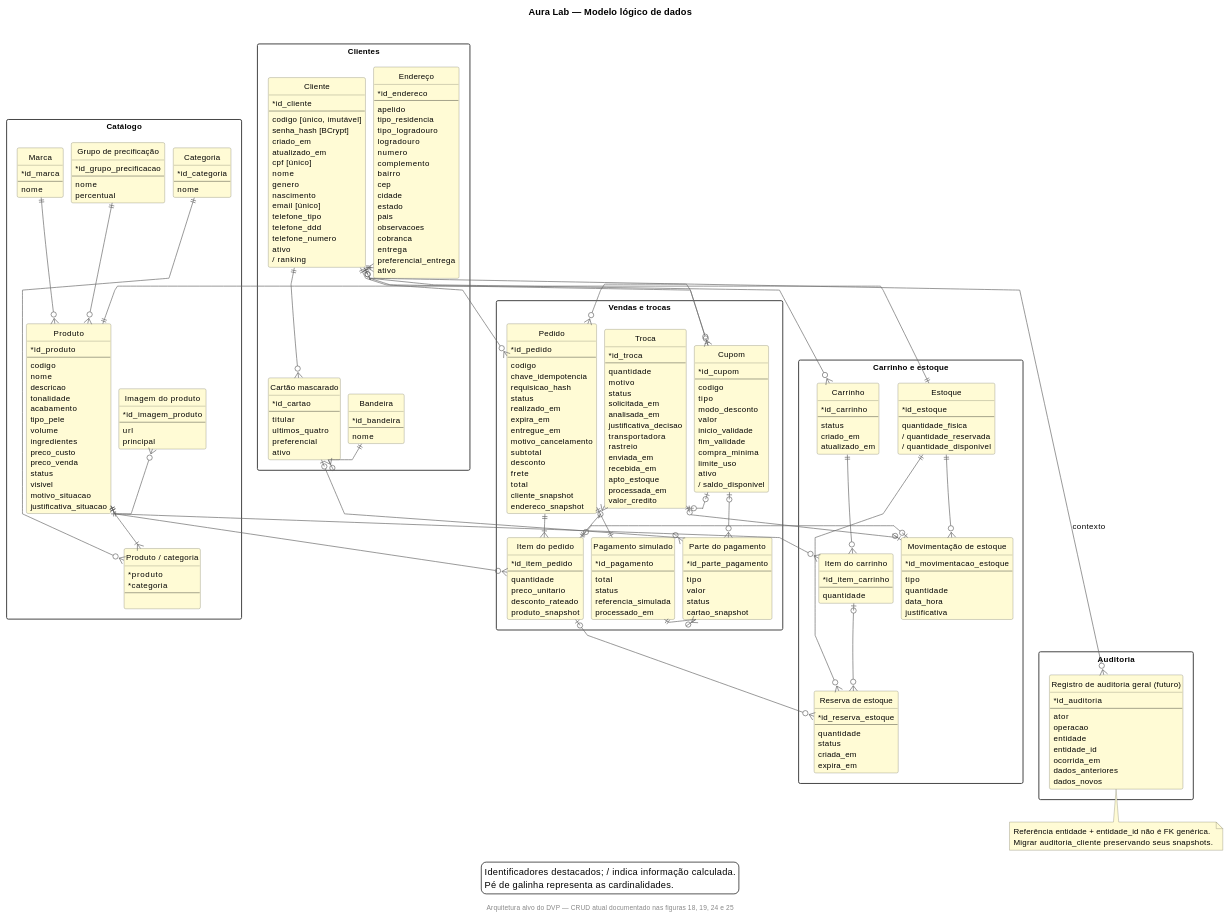
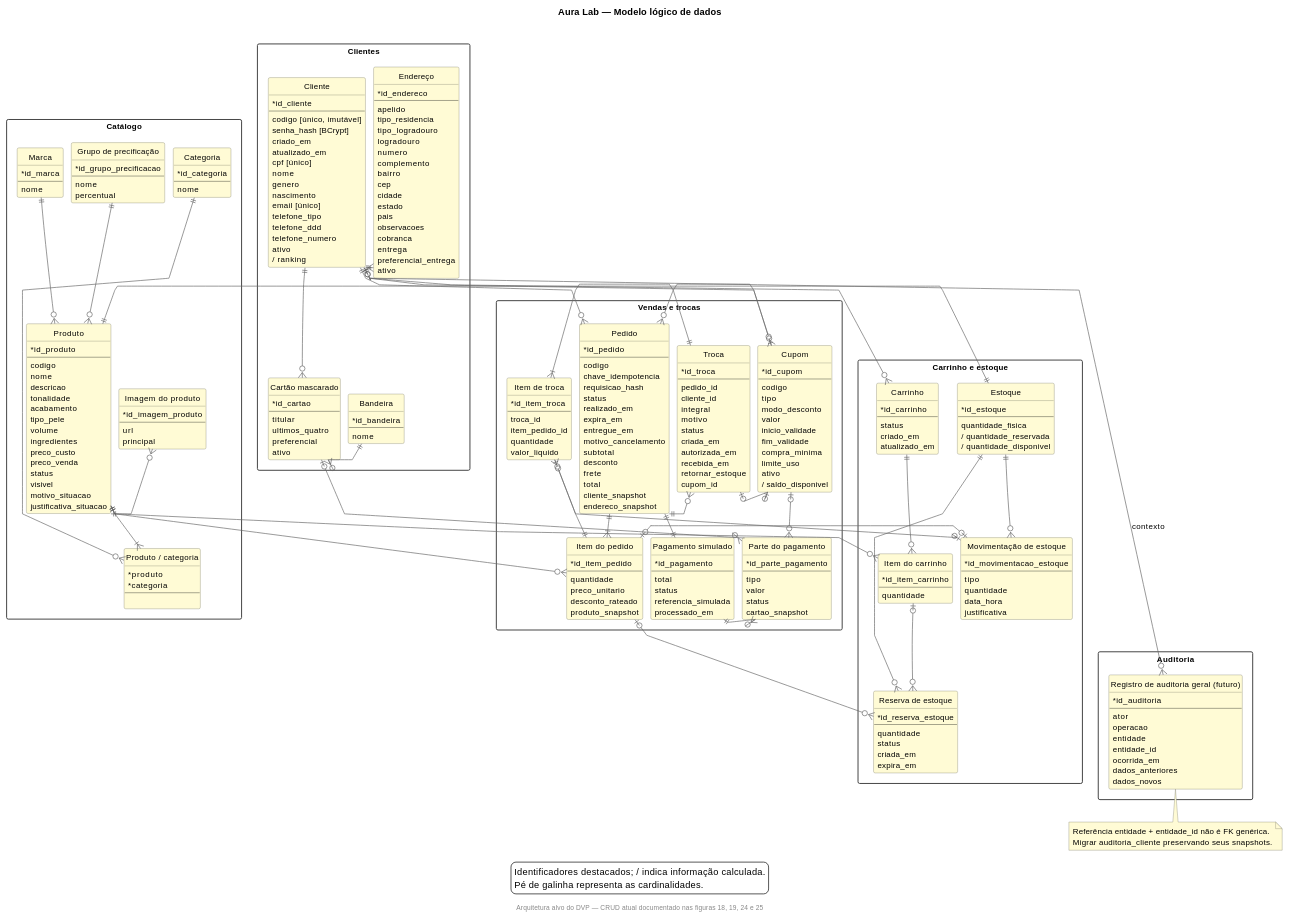
One commit to krisnarane/Aura_Lab changed diagram 16 of 25 in docs/dvp-uml-2026/CODIGOS-UML.md. Above: the diagram before and after it, drawn with PlantUML. The commit also changed other lines of this file and 89 other files, not shown here.

```diff
--- a/docs/dvp-uml-2026/CODIGOS-UML.md
+++ b/docs/dvp-uml-2026/CODIGOS-UML.md
@@ -1503,19 +1473,24 @@
 entity "Troca" as troca {
 * id_troca
 --
-quantidade
+pedido_id
+cliente_id
+integral
 motivo
 status
-solicitada_em
-analisada_em
-justificativa_decisao
-transportadora
-rastreio
-enviada_em
+criada_em
+autorizada_em
 recebida_em
-apto_estoque
-processada_em
-valor_credito
+retornar_estoque
+cupom_id
+}
+entity "Item de troca" as item_troca {
+* id_item_troca
+--
+troca_id
+item_pedido_id
+quantidade
+valor_liquido
 }
 }
 package "Auditoria" as PAuditoria {
@@ -1559,7 +1534,7 @@
 item_pedido |o-[norank]-o{ reserva_estoque
 estoque ||-[norank]-o{ movimentacao_estoque
 item_pedido |o-[norank]-o| movimentacao_estoque
-troca |o-[norank]-o| movimentacao_estoque
+item_troca |o-[norank]-o| movimentacao_estoque
 pedido ||-[norank]-|{ item_pedido
 produto ||-[norank]-o{ item_pedido
 pedido ||-[norank]-|| pagamento
@@ -1568,7 +1543,9 @@
 cupom |o-[norank]-o{ parte_pagamento
 cupom |o-[norank]-o{ pedido
 cliente |o-[norank]-o{ cupom
-item_pedido ||-[norank]-o{ troca
+pedido ||-[norank]-o{ troca
+troca ||-[norank]-|{ item_troca
+item_pedido ||-[norank]-o{ item_troca
 troca |o-[norank]-o| cupom
 
 
```
